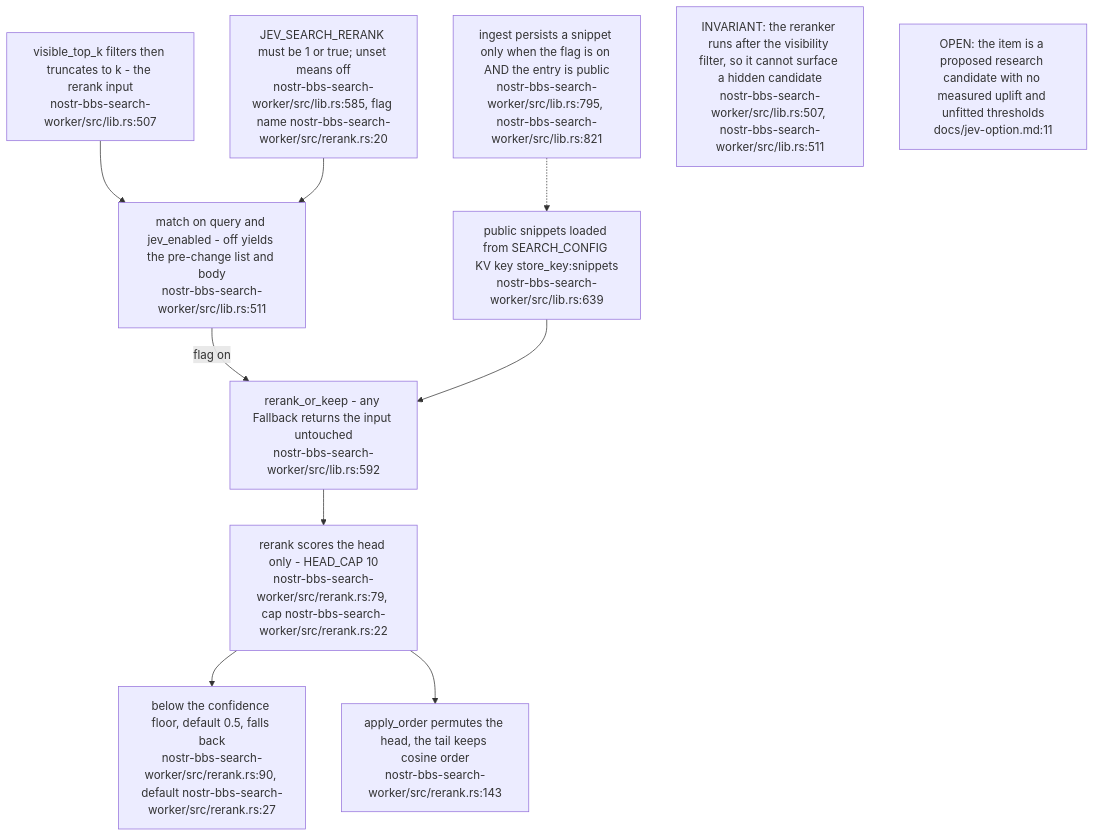
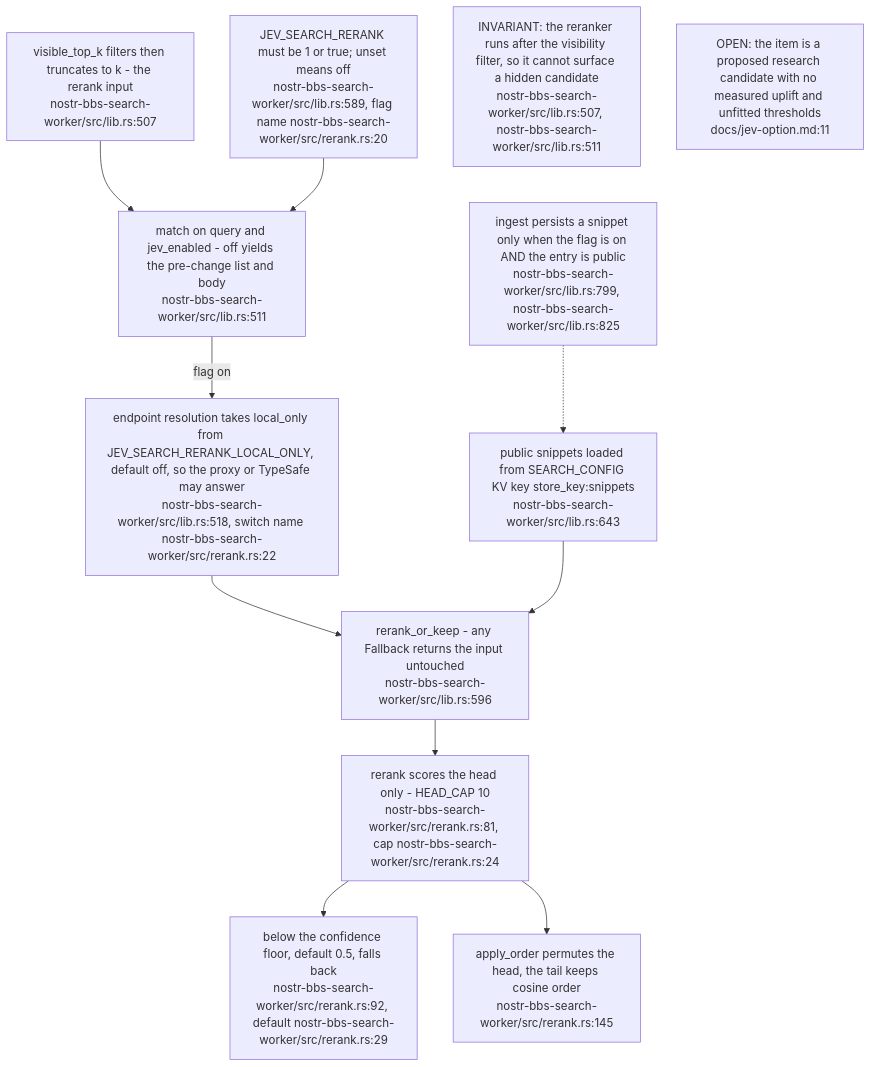
The ninth of 9 diagrams in docs/diagrams/nostr-rust-forum/07-search-preview-and-shared-worker-utilities.md (DreamLab-AI/VisionFlow), drawn with Mermaid before and after one commit. The commit also changed other lines of this file and 142 other files, not shown here.

First line of the commit message:
docs(diagrams): one System One route; re-verify 140 topics at today's heads

````diff
--- a/docs/diagrams/nostr-rust-forum/07-search-preview-and-shared-worker-utilities.md
+++ b/docs/diagrams/nostr-rust-forum/07-search-preview-and-shared-worker-utilities.md
@@ -236,24 +236,25 @@
 ```mermaid
 flowchart TB
-    FLAG["JEV_SEARCH_RERANK must be 1 or true; unset means off<br/>nostr-bbs-search-worker/src/lib.rs:585, flag name nostr-bbs-search-worker/src/rerank.rs:20"]
+    FLAG["JEV_SEARCH_RERANK must be 1 or true; unset means off<br/>nostr-bbs-search-worker/src/lib.rs:589, flag name nostr-bbs-search-worker/src/rerank.rs:20"]
     VIS["visible_top_k filters then truncates to k - the rerank input<br/>nostr-bbs-search-worker/src/lib.rs:507"]
     GATE["match on query and jev_enabled - off yields the pre-change list and body<br/>nostr-bbs-search-worker/src/lib.rs:511"]
-    KEEP["rerank_or_keep - any Fallback returns the input untouched<br/>nostr-bbs-search-worker/src/lib.rs:592"]
-    SNIP["public snippets loaded from SEARCH_CONFIG KV key store_key:snippets<br/>nostr-bbs-search-worker/src/lib.rs:639"]
-    RR["rerank scores the head only - HEAD_CAP 10<br/>nostr-bbs-search-worker/src/rerank.rs:79, cap nostr-bbs-search-worker/src/rerank.rs:22"]
-    LOW["below the confidence floor, default 0.5, falls back<br/>nostr-bbs-search-worker/src/rerank.rs:90, default nostr-bbs-search-worker/src/rerank.rs:27"]
-    ORD["apply_order permutes the head, the tail keeps cosine order<br/>nostr-bbs-search-worker/src/rerank.rs:143"]
-    ING["ingest persists a snippet only when the flag is on AND the entry is public<br/>nostr-bbs-search-worker/src/lib.rs:795, nostr-bbs-search-worker/src/lib.rs:821"]
+    KEEP["rerank_or_keep - any Fallback returns the input untouched<br/>nostr-bbs-search-worker/src/lib.rs:596"]
+    SNIP["public snippets loaded from SEARCH_CONFIG KV key store_key:snippets<br/>nostr-bbs-search-worker/src/lib.rs:643"]
+    RR["rerank scores the head only - HEAD_CAP 10<br/>nostr-bbs-search-worker/src/rerank.rs:81, cap nostr-bbs-search-worker/src/rerank.rs:24"]
+    LOW["below the confidence floor, default 0.5, falls back<br/>nostr-bbs-search-worker/src/rerank.rs:92, default nostr-bbs-search-worker/src/rerank.rs:29"]
+    ORD["apply_order permutes the head, the tail keeps cosine order<br/>nostr-bbs-search-worker/src/rerank.rs:145"]
+    LOC["endpoint resolution takes local_only from JEV_SEARCH_RERANK_LOCAL_ONLY, default off, so the proxy or TypeSafe may answer<br/>nostr-bbs-search-worker/src/lib.rs:518, switch name nostr-bbs-search-worker/src/rerank.rs:22"]
+    ING["ingest persists a snippet only when the flag is on AND the entry is public<br/>nostr-bbs-search-worker/src/lib.rs:799, nostr-bbs-search-worker/src/lib.rs:825"]
 
     VIS --> GATE
     FLAG --> GATE
-    GATE -->|"flag on"| KEEP
+    GATE -->|"flag on"| LOC --> KEEP
     SNIP --> KEEP
     KEEP --> RR
     RR --> LOW
     RR --> ORD
     ING -.-> SNIP
 
     N1["INVARIANT: the reranker runs after the visibility filter, so it cannot surface a hidden candidate<br/>nostr-bbs-search-worker/src/lib.rs:507, nostr-bbs-search-worker/src/lib.rs:511"]
     N2["OPEN: the item is a proposed research candidate with no measured uplift and unfitted thresholds<br/>docs/jev-option.md:11"]
 ```
````
